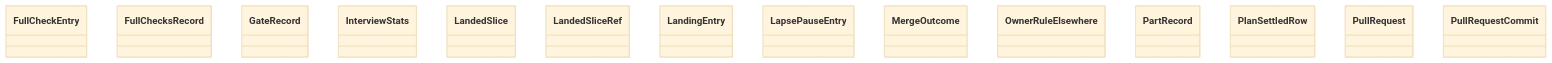
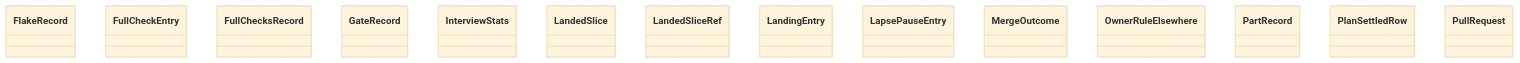
Before and after one commit to GonzaloZevallos/agentic-system: the diagram in docs/architecture/generated/classes-process-domain-state-4.md, drawn with Mermaid (base theme). The commit also changed 5 other files, not shown here.

````diff
--- a/docs/architecture/generated/classes-process-domain-state-4.md
+++ b/docs/architecture/generated/classes-process-domain-state-4.md
@@ -21,17 +21,17 @@
 ```mermaid
 classDiagram
+    class task__FlakeRecord["FlakeRecord"]
     class task__FullCheckEntry["FullCheckEntry"]
     class task__FullChecksRecord["FullChecksRecord"]
     class task__GateRecord["GateRecord"]
     class task__InterviewStats["InterviewStats"]
     class task__LandedSlice["LandedSlice"]
     class task__LandedSliceRef["LandedSliceRef"]
     class task__LandingEntry["LandingEntry"]
     class task__LapsePauseEntry["LapsePauseEntry"]
     class task__MergeOutcome["MergeOutcome"]
     class task__OwnerRuleElsewhere["OwnerRuleElsewhere"]
     class task__PartRecord["PartRecord"]
     class task__PlanSettledRow["PlanSettledRow"]
     class task__PullRequest["PullRequest"]
-    class task__PullRequestCommit["PullRequestCommit"]
 ```
````
